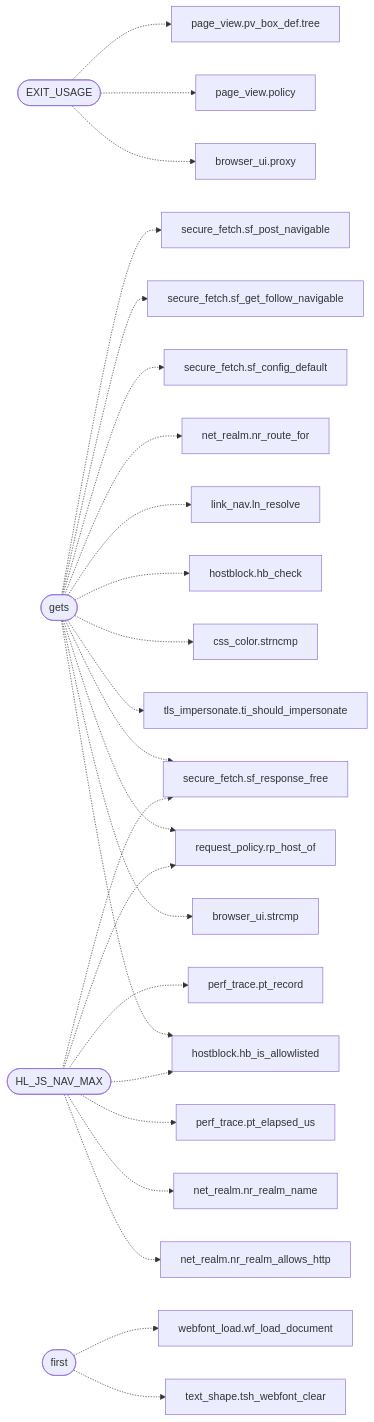
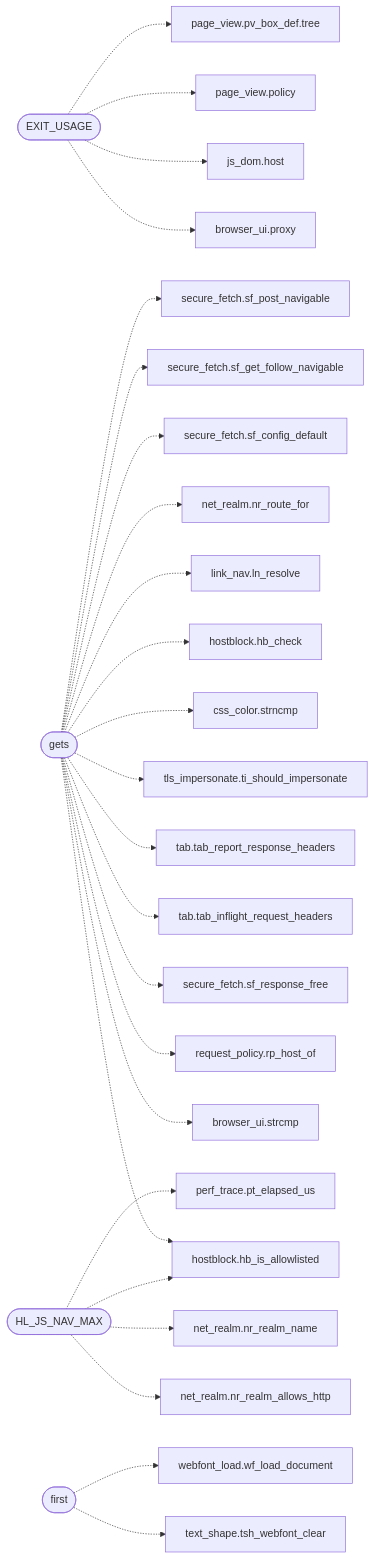
Before and after one commit to grisuno/FreeDom: the diagram in readmenator-apidocs/modules/src.freedom.c.md, drawn with Mermaid. The commit also changed other lines of this file and 240 other files, not shown here.

````diff
--- a/readmenator-apidocs/modules/src.freedom.c.md
+++ b/readmenator-apidocs/modules/src.freedom.c.md
@@ -15,52 +15,54 @@
 ```mermaid
 flowchart LR
     n_src_freedom_c__EXIT_USAGE(["EXIT_USAGE"])
     n_gui_browser_ui_c__proxy["browser_ui.proxy"]
+    n_include_js_dom_h__host["js_dom.host"]
     n_include_page_view_h__policy["page_view.policy"]
     n_include_page_view_h__pv_box_def_tree["page_view.pv_box_def.tree"]
     n_src_freedom_c__gets(["gets"])
     n_gui_browser_ui_c__strcmp["browser_ui.strcmp"]
     n_include_hostblock_h__hb_is_allowlisted["hostblock.hb_is_allowlisted"]
     n_include_request_policy_h__rp_host_of["request_policy.rp_host_of"]
     n_include_secure_fetch_h__sf_response_free["secure_fetch.sf_response_free"]
+    n_include_tab_h__tab_inflight_request_headers["tab.tab_inflight_request_headers"]
+    n_include_tab_h__tab_report_response_headers["tab.tab_report_response_headers"]
     n_include_tls_impersonate_h__ti_should_impersonate["tls_impersonate.ti_should_impersonate"]
     n_src_css_color_c__strncmp["css_color.strncmp"]
     n_src_hostblock_c__hb_check["hostblock.hb_check"]
     n_src_link_nav_c__ln_resolve["link_nav.ln_resolve"]
     n_src_net_realm_c__nr_route_for["net_realm.nr_route_for"]
     n_src_secure_fetch_c__sf_config_default["secure_fetch.sf_config_default"]
     n_src_secure_fetch_c__sf_get_follow_navigable["secure_fetch.sf_get_follow_navigable"]
     n_src_secure_fetch_c__sf_post_navigable["secure_fetch.sf_post_navigable"]
     n_src_freedom_c__first(["first"])
     n_include_text_shape_h__tsh_webfont_clear["text_shape.tsh_webfont_clear"]
     n_src_webfont_load_c__wf_load_document["webfont_load.wf_load_document"]
     n_src_freedom_c__HL_JS_NAV_MAX(["HL_JS_NAV_MAX"])
     n_include_net_realm_h__nr_realm_allows_http["net_realm.nr_realm_allows_http"]
     n_include_net_realm_h__nr_realm_name["net_realm.nr_realm_name"]
     n_include_perf_trace_h__pt_elapsed_us["perf_trace.pt_elapsed_us"]
-    n_include_perf_trace_h__pt_record["perf_trace.pt_record"]
     n_src_freedom_c__EXIT_USAGE -.-> n_gui_browser_ui_c__proxy
+    n_src_freedom_c__EXIT_USAGE -.-> n_include_js_dom_h__host
     n_src_freedom_c__EXIT_USAGE -.-> n_include_page_view_h__policy
     n_src_freedom_c__EXIT_USAGE -.-> n_include_page_view_h__pv_box_def_tree
     n_src_freedom_c__gets -.-> n_gui_browser_ui_c__strcmp
     n_src_freedom_c__gets -.-> n_include_hostblock_h__hb_is_allowlisted
     n_src_freedom_c__gets -.-> n_include_request_policy_h__rp_host_of
     n_src_freedom_c__gets -.-> n_include_secure_fetch_h__sf_response_free
+    n_src_freedom_c__gets -.-> n_include_tab_h__tab_inflight_request_headers
+    n_src_freedom_c__gets -.-> n_include_tab_h__tab_report_response_headers
     n_src_freedom_c__gets -.-> n_include_tls_impersonate_h__ti_should_impersonate
     n_src_freedom_c__gets -.-> n_src_css_color_c__strncmp
     n_src_freedom_c__gets -.-> n_src_hostblock_c__hb_check
     n_src_freedom_c__gets -.-> n_src_link_nav_c__ln_resolve
     n_src_freedom_c__gets -.-> n_src_net_realm_c__nr_route_for
     n_src_freedom_c__gets -.-> n_src_secure_fetch_c__sf_config_default
     n_src_freedom_c__gets -.-> n_src_secure_fetch_c__sf_get_follow_navigable
     n_src_freedom_c__gets -.-> n_src_secure_fetch_c__sf_post_navigable
     n_src_freedom_c__first -.-> n_include_text_shape_h__tsh_webfont_clear
     n_src_freedom_c__first -.-> n_src_webfont_load_c__wf_load_document
     n_src_freedom_c__HL_JS_NAV_MAX -.-> n_include_hostblock_h__hb_is_allowlisted
     n_src_freedom_c__HL_JS_NAV_MAX -.-> n_include_net_realm_h__nr_realm_allows_http
     n_src_freedom_c__HL_JS_NAV_MAX -.-> n_include_net_realm_h__nr_realm_name
     n_src_freedom_c__HL_JS_NAV_MAX -.-> n_include_perf_trace_h__pt_elapsed_us
-    n_src_freedom_c__HL_JS_NAV_MAX -.-> n_include_perf_trace_h__pt_record
-    n_src_freedom_c__HL_JS_NAV_MAX -.-> n_include_request_policy_h__rp_host_of
-    n_src_freedom_c__HL_JS_NAV_MAX -.-> n_include_secure_fetch_h__sf_response_free
 ```
````
